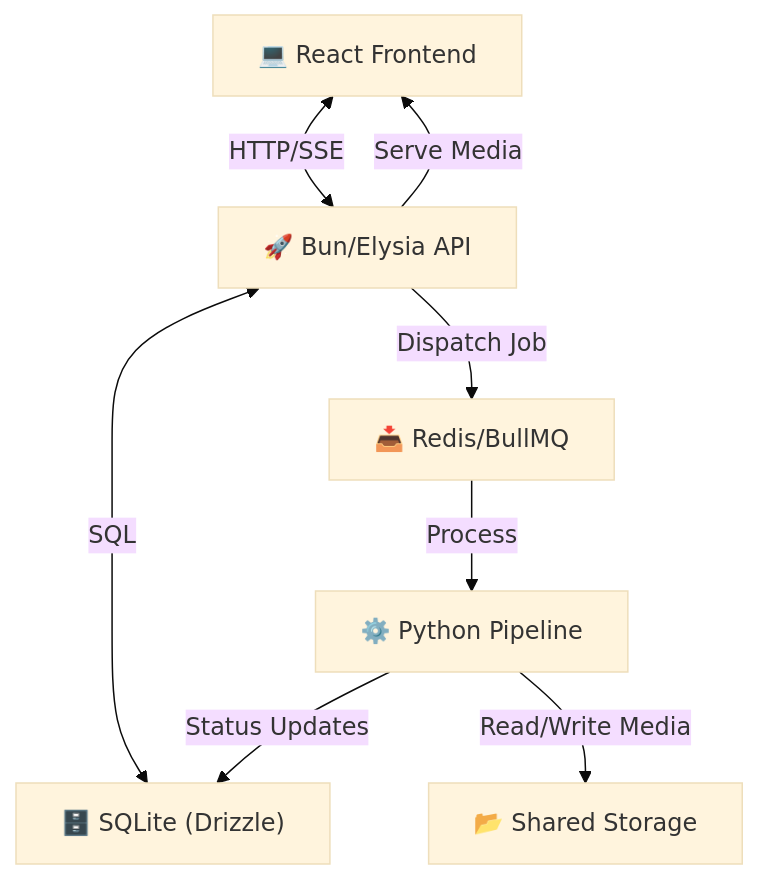
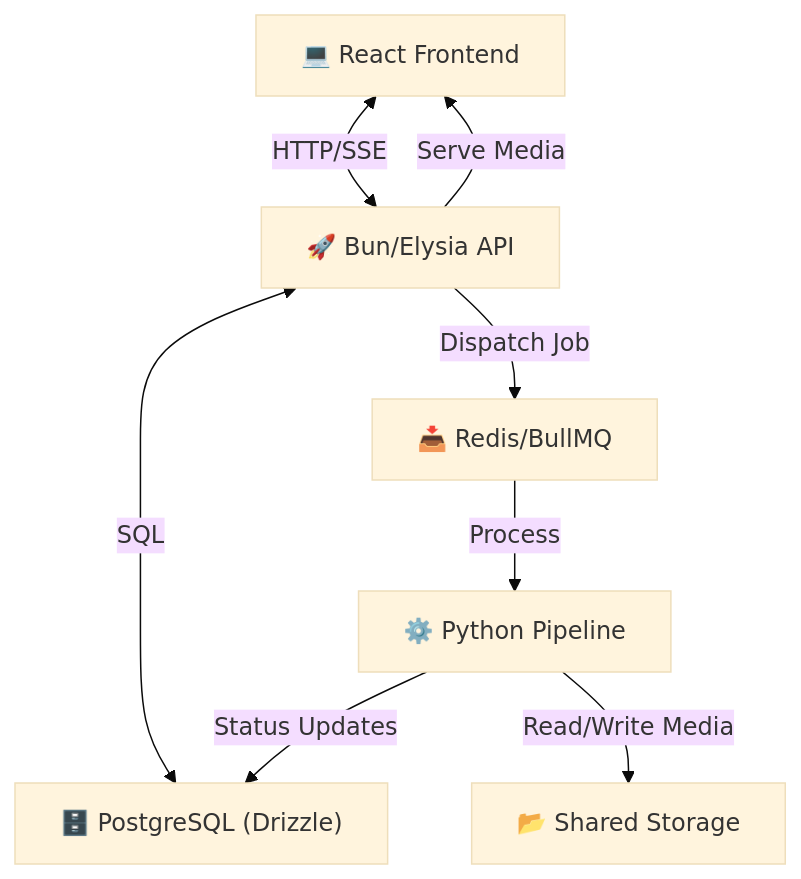
One commit to seanchuatech/content-repurposing-engine changed the diagram in ARCHITECTURE.md. Above: the diagram before and after it, drawn with Mermaid (base theme). The commit also changed other lines of this file and 18 other files, not shown here.

Commit message:
feat: Migrate database from SQLite to PostgreSQL, update Dockerfile for `uv` multi-stage build, and detail pipeline improvements.

````diff
--- a/ARCHITECTURE.md
+++ b/ARCHITECTURE.md
@@ -20,19 +20,19 @@
 ```mermaid
 graph TD
     %% Define Nodes
     Client["💻 React Frontend"]
     Server["🚀 Bun/Elysia API"]
-    DB["🗄️ SQLite (Drizzle)"]
+    DB["🗄️ PostgreSQL (Drizzle)"]
     Queue["📥 Redis/BullMQ"]
     Worker["⚙️ Python Pipeline"]
     Storage["📂 Shared Storage"]
 
     %% Relationships
     Client <-->|HTTP/SSE| Server
     Server <-->|SQL| DB
     Server -->|Dispatch Job| Queue
     Queue -->|Process| Worker
     Worker -->|Status Updates| DB
     Worker -->|Read/Write Media| Storage
     Server -->|Serve Media| Client
 ```
````
